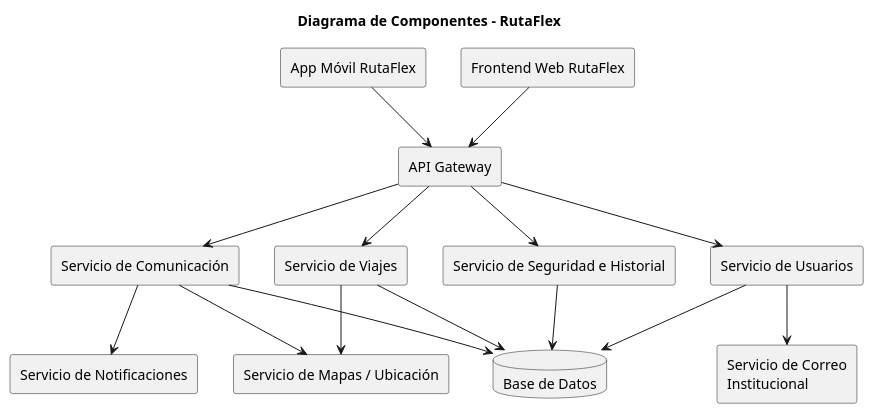
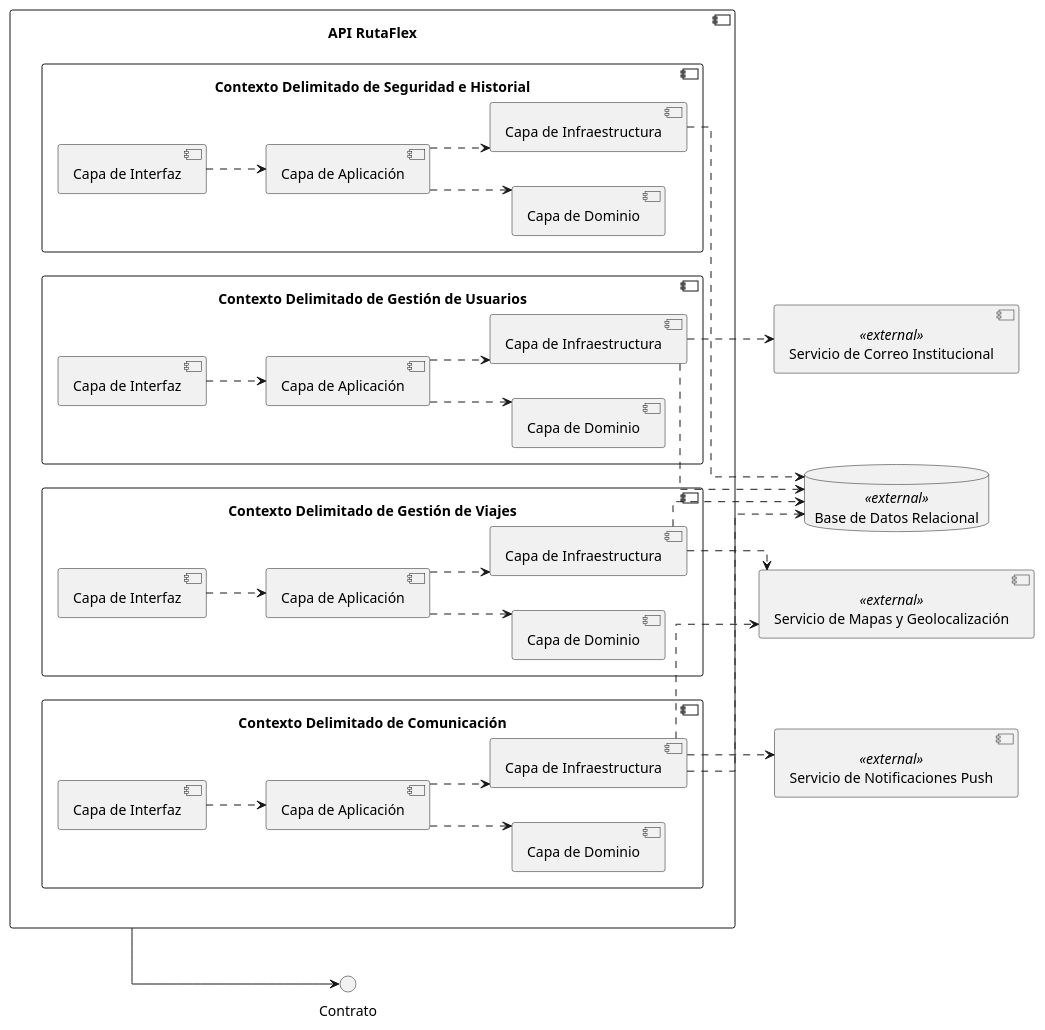
The diagram in Diagrma12.puml (Richard-suv/UML-PROYECTO), drawn with PlantUML before and after one commit. The commit also changed 10 other files, not shown here.

```diff
--- a/Diagrma12.puml
+++ b/Diagrma12.puml
@@ -1,32 +1,83 @@
-@startuml
-skinparam componentStyle rectangle
+@startuml ""
+skinparam componentStyle uml2
+skinparam linetype ortho
+left to right direction
 
-title Diagrama de Componentes - RutaFlex
+interface "Contrato" as Contrato
 
-component "App Móvil RutaFlex" as Mobile
-component "Frontend Web RutaFlex" as Web
-component "API Gateway" as API
-component "Servicio de Usuarios" as Users
-component "Servicio de Viajes" as Trips
-component "Servicio de Comunicación" as Comm
-component "Servicio de Seguridad e Historial" as SecHist
-database "Base de Datos" as DB
-component "Servicio de Correo\nInstitucional" as Mail
-component "Servicio de Notificaciones" as Push
-component "Servicio de Mapas / Ubicación" as Maps
+component "API RutaFlex" as API {
 
-Mobile --> API
-Web --> API
-API --> Users
-API --> Trips
-API --> Comm
-API --> SecHist
-Users --> DB
-Trips --> DB
-Comm --> DB
-SecHist --> DB
-Users --> Mail
-Comm --> Push
-Trips --> Maps
-Comm --> Maps
+  component "Contexto Delimitado de Gestión de Usuarios" as BC_Usuarios {
+
+    component "Capa de Interfaz" as U_Interfaz
+    component "Capa de Aplicación" as U_Aplicacion
+    component "Capa de Dominio" as U_Dominio
+    component "Capa de Infraestructura" as U_Infraestructura
+
+  }
+
+  component "Contexto Delimitado de Gestión de Viajes" as BC_Viajes {
+
+    component "Capa de Interfaz" as T_Interfaz
+    component "Capa de Aplicación" as T_Aplicacion
+    component "Capa de Dominio" as T_Dominio
+    component "Capa de Infraestructura" as T_Infraestructura
+
+  }
+
+  component "Contexto Delimitado de Comunicación" as BC_Comunicacion {
+
+    component "Capa de Interfaz" as C_Interfaz
+    component "Capa de Aplicación" as C_Aplicacion
+    component "Capa de Dominio" as C_Dominio
+    component "Capa de Infraestructura" as C_Infraestructura
+
+  }
+
+  component "Contexto Delimitado de Seguridad e Historial" as BC_SeguridadHistorial {
+
+    component "Capa de Interfaz" as SH_Interfaz
+    component "Capa de Aplicación" as SH_Aplicacion
+    component "Capa de Dominio" as SH_Dominio
+    component "Capa de Infraestructura" as SH_Infraestructura
+
+  }
+}
+
+database "Base de Datos Relacional" as BaseDatosRelacional <<external>>
+
+component "Servicio de Correo Institucional" as ServicioCorreo <<external>>
+
+component "Servicio de Notificaciones Push" as ServicioNotificaciones <<external>>
+
+component "Servicio de Mapas y Geolocalización" as ServicioMapas <<external>>
+
+API --> Contrato
+
+U_Interfaz ..> U_Aplicacion
+U_Aplicacion ..> U_Dominio
+U_Aplicacion ..> U_Infraestructura
+
+T_Interfaz ..> T_Aplicacion
+T_Aplicacion ..> T_Dominio
+T_Aplicacion ..> T_Infraestructura
+
+C_Interfaz ..> C_Aplicacion
+C_Aplicacion ..> C_Dominio
+C_Aplicacion ..> C_Infraestructura
+
+SH_Interfaz ..> SH_Aplicacion
+SH_Aplicacion ..> SH_Dominio
+SH_Aplicacion ..> SH_Infraestructura
+
+U_Infraestructura ..> BaseDatosRelacional
+T_Infraestructura ..> BaseDatosRelacional
+C_Infraestructura ..> BaseDatosRelacional
+SH_Infraestructura ..> BaseDatosRelacional
+
+U_Infraestructura ..> ServicioCorreo
+C_Infraestructura ..> ServicioNotificaciones
+T_Infraestructura ..> ServicioMapas
+C_Infraestructura ..> ServicioMapas
+
 @enduml
```
